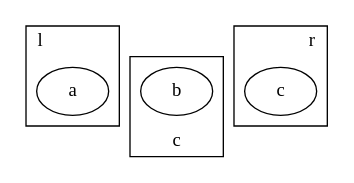
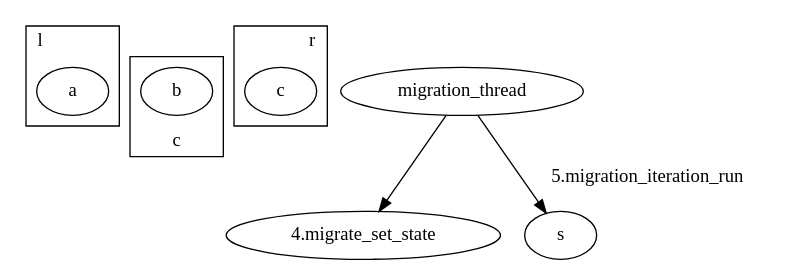
One commit to sisyphus1212/note changed diagram 12 of 14 in other/graphviz/tips.md. Above: the diagram before and after it, drawn with Graphviz. The commit also changed other lines of this file, not shown here.

````diff
--- a/other/graphviz/tips.md
+++ b/other/graphviz/tips.md
@@ -237,20 +238,22 @@
 ```graphviz
 digraph {
   subgraph cluster_l {
     label="l"
     labeljust=l
     a
   }
   subgraph cluster_c {
     label="c"
     labeljust=c
     labelloc=b
     b
   }
   subgraph cluster_r {
     label="r"
     labeljust=r
     c
   }
+    migration_thread ->  "4.migrate_set_state";
+    migration_thread ->  s[label="5.migration_iteration_run"];
 }
 ```
````
